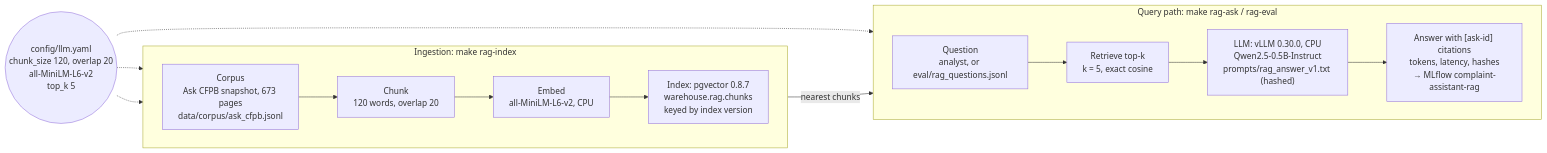
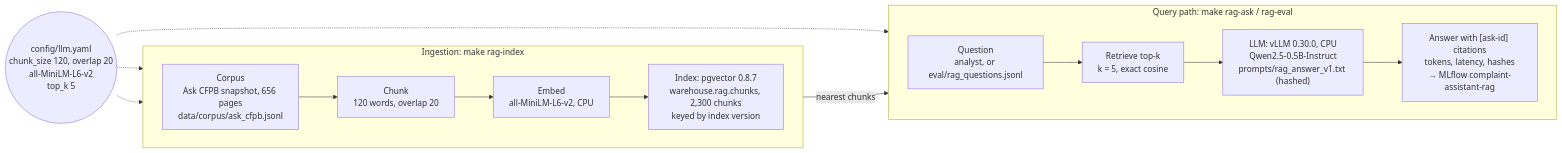
One commit to lev-laptinov/complaint-routing changed the third of 4 diagrams in docs/design.md. Above: the diagram before and after it, drawn with Mermaid. The commit also changed other lines of this file and 2 other files, not shown here.

````diff
--- a/docs/design.md
+++ b/docs/design.md
@@ -372,24 +374,24 @@
 ```mermaid
 flowchart LR
     CFG(("config/llm.yaml<br/>chunk_size 120, overlap 20<br/>all-MiniLM-L6-v2<br/>top_k 5"))
     subgraph ING["Ingestion: make rag-index"]
         direction LR
-        C["Corpus<br/>Ask CFPB snapshot, 673 pages<br/>data/corpus/ask_cfpb.jsonl"]
+        C["Corpus<br/>Ask CFPB snapshot, 656 pages<br/>data/corpus/ask_cfpb.jsonl"]
         CH["Chunk<br/>120 words, overlap 20"]
         E["Embed<br/>all-MiniLM-L6-v2, CPU"]
-        IX["Index: pgvector 0.8.7<br/>warehouse.rag.chunks<br/>keyed by index version"]
+        IX["Index: pgvector 0.8.7<br/>warehouse.rag.chunks, 2,300 chunks<br/>keyed by index version"]
         C --> CH --> E --> IX
     end
     subgraph QRY["Query path: make rag-ask / rag-eval"]
         direction LR
         Q["Question<br/>analyst, or eval/rag_questions.jsonl"]
         R["Retrieve top-k<br/>k = 5, exact cosine"]
         L["LLM: vLLM 0.30.0, CPU<br/>Qwen2.5-0.5B-Instruct<br/>prompts/rag_answer_v1.txt (hashed)"]
         A["Answer with [ask-id] citations<br/>tokens, latency, hashes<br/>→ MLflow complaint-assistant-rag"]
         Q --> R --> L --> A
     end
     CFG -.-> CH
     CFG -.-> E
     CFG -.-> R
     IX -- "nearest chunks" --> R
 ```
````
